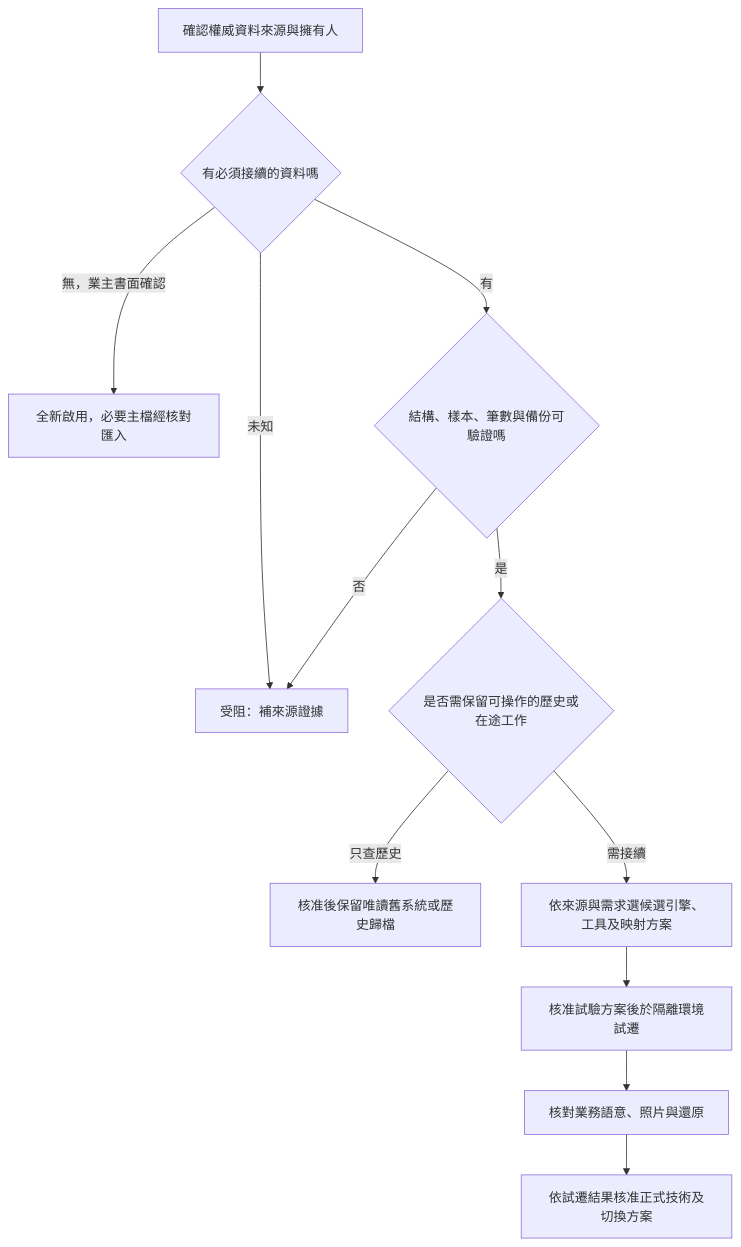
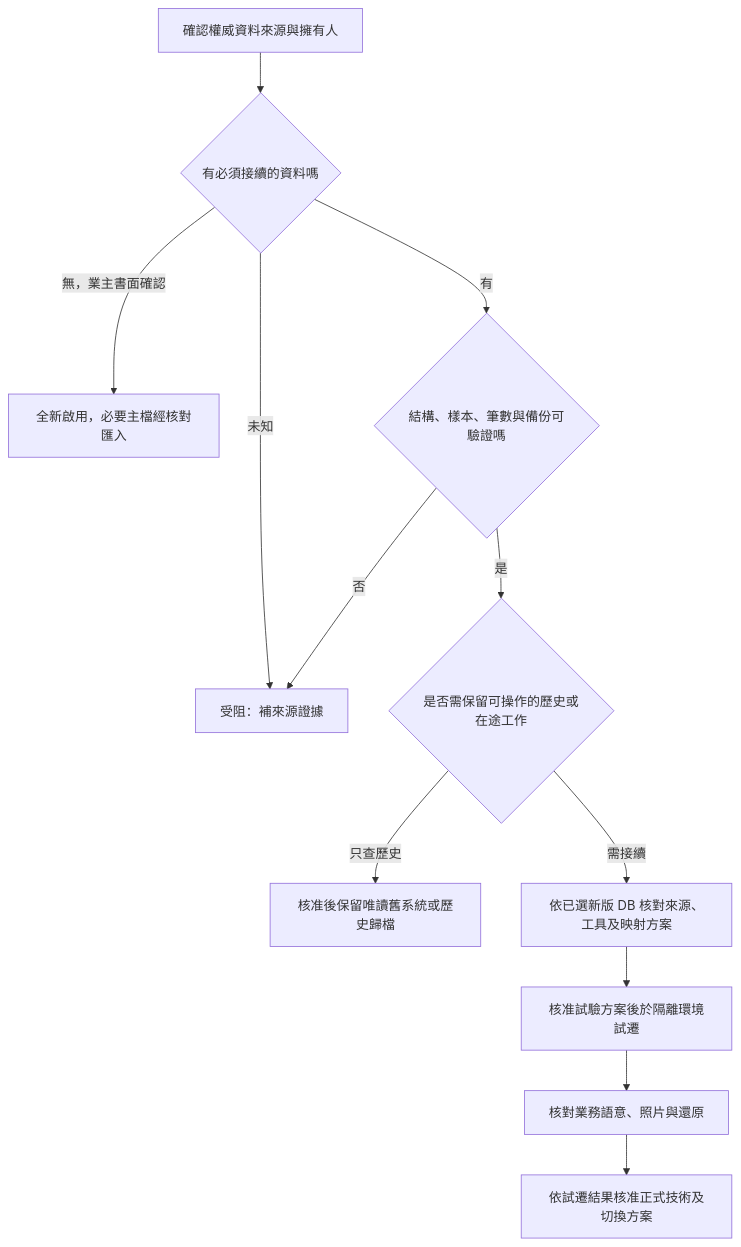
The diagram in docs/L3_LEGACY_AND_TECHNOLOGY.md (xk2022/codex-xk-logistic), drawn with Mermaid before and after one commit. The commit also changed other lines of this file and 16 other files, not shown here.

````diff
--- a/docs/L3_LEGACY_AND_TECHNOLOGY.md
+++ b/docs/L3_LEGACY_AND_TECHNOLOGY.md
@@ -57,14 +57,14 @@
 ```mermaid
 flowchart TD
   A[確認權威資料來源與擁有人] --> B{有必須接續的資料嗎}
   B -->|無，業主書面確認| C[全新啟用，必要主檔經核對匯入]
   B -->|有| D{結構、樣本、筆數與備份可驗證嗎}
   B -->|未知| U[受阻：補來源證據]
   D -->|否| U
   D -->|是| E{是否需保留可操作的歷史或在途工作}
   E -->|只查歷史| F[核准後保留唯讀舊系統或歷史歸檔]
-  E -->|需接續| J[依來源與需求選候選引擎、工具及映射方案]
+  E -->|需接續| J[依已選新版 DB 核對來源、工具及映射方案]
   J --> G[核准試驗方案後於隔離環境試遷]
   G --> H[核對業務語意、照片與還原]
   H --> I[依試遷結果核准正式技術及切換方案]
 ```
````
